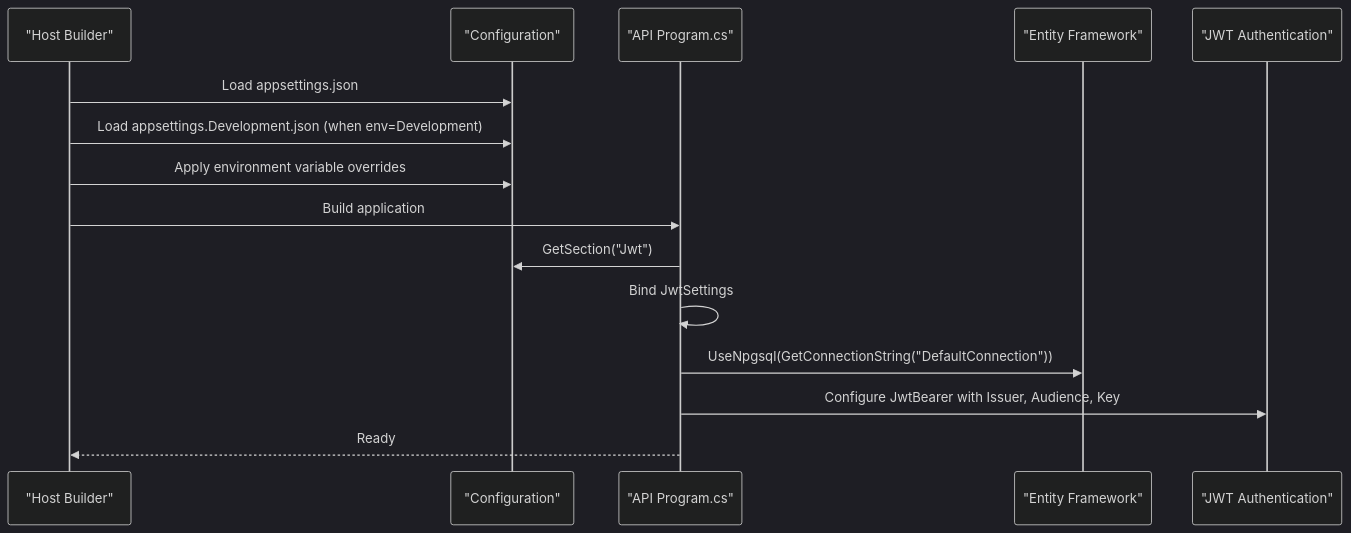
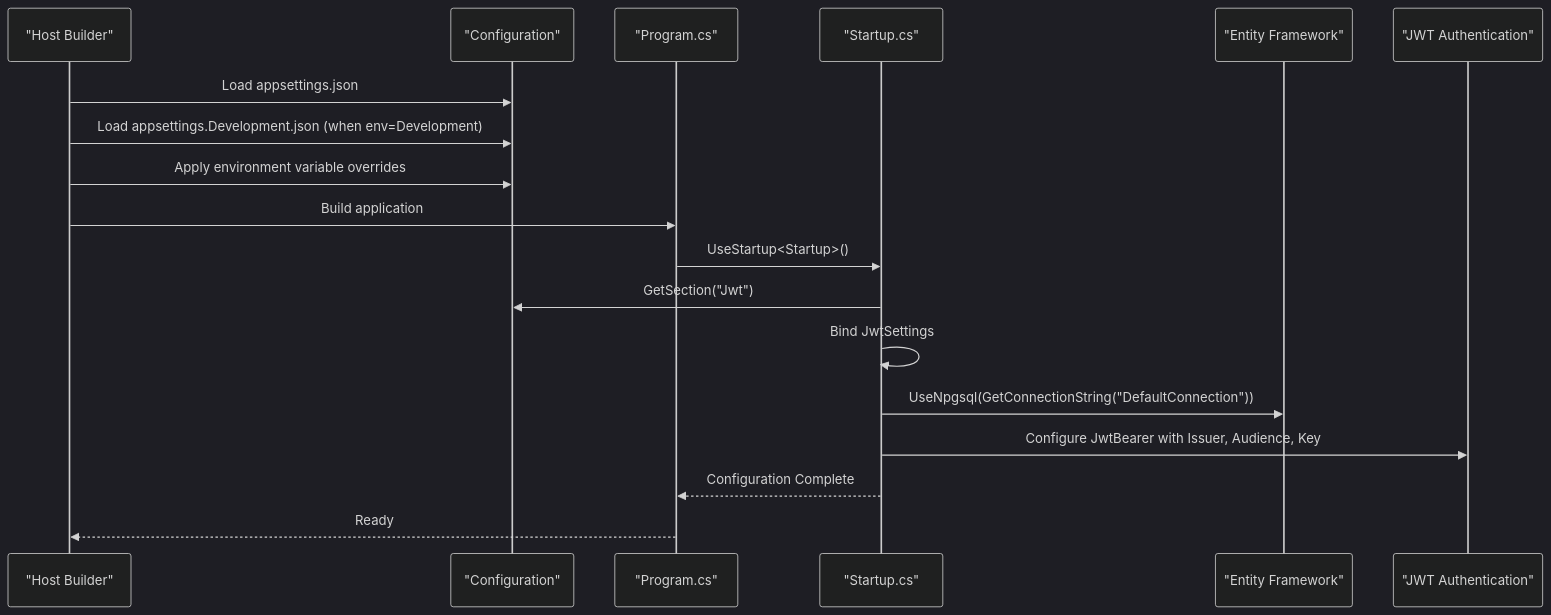
Before and after one commit to MuhammadFaizanQamar/game-backend-service: the second of 6 diagrams in .qoder/repowiki/en/content/Configuration & Settings/Environment Configuration.md, drawn with Mermaid (dark theme). The commit also changed other lines of this file and 62 other files, not shown here.

````diff
--- a/.qoder/repowiki/en/content/Configuration & Settings/Environment Configuration.md
+++ b/.qoder/repowiki/en/content/Configuration & Settings/Environment Configuration.md
@@ -133,17 +152,20 @@
 ```mermaid
 sequenceDiagram
 participant Host as "Host Builder"
 participant Config as "Configuration"
-participant API as "API Program.cs"
+participant Program as "Program.cs"
+participant Startup as "Startup.cs"
 participant DB as "Entity Framework"
 participant Auth as "JWT Authentication"
 Host->>Config : Load appsettings.json
 Host->>Config : Load appsettings.Development.json (when env=Development)
 Host->>Config : Apply environment variable overrides
-Host->>API : Build application
-API->>Config : GetSection("Jwt")
-API->>API : Bind JwtSettings
-API->>DB : UseNpgsql(GetConnectionString("DefaultConnection"))
-API->>Auth : Configure JwtBearer with Issuer, Audience, Key
-API-->>Host : Ready
+Host->>Program : Build application
+Program->>Startup : UseStartup<Startup>()
+Startup->>Config : GetSection("Jwt")
+Startup->>Startup : Bind JwtSettings
+Startup->>DB : UseNpgsql(GetConnectionString("DefaultConnection"))
+Startup->>Auth : Configure JwtBearer with Issuer, Audience, Key
+Startup-->>Program : Configuration Complete
+Program-->>Host : Ready
 ```
````
